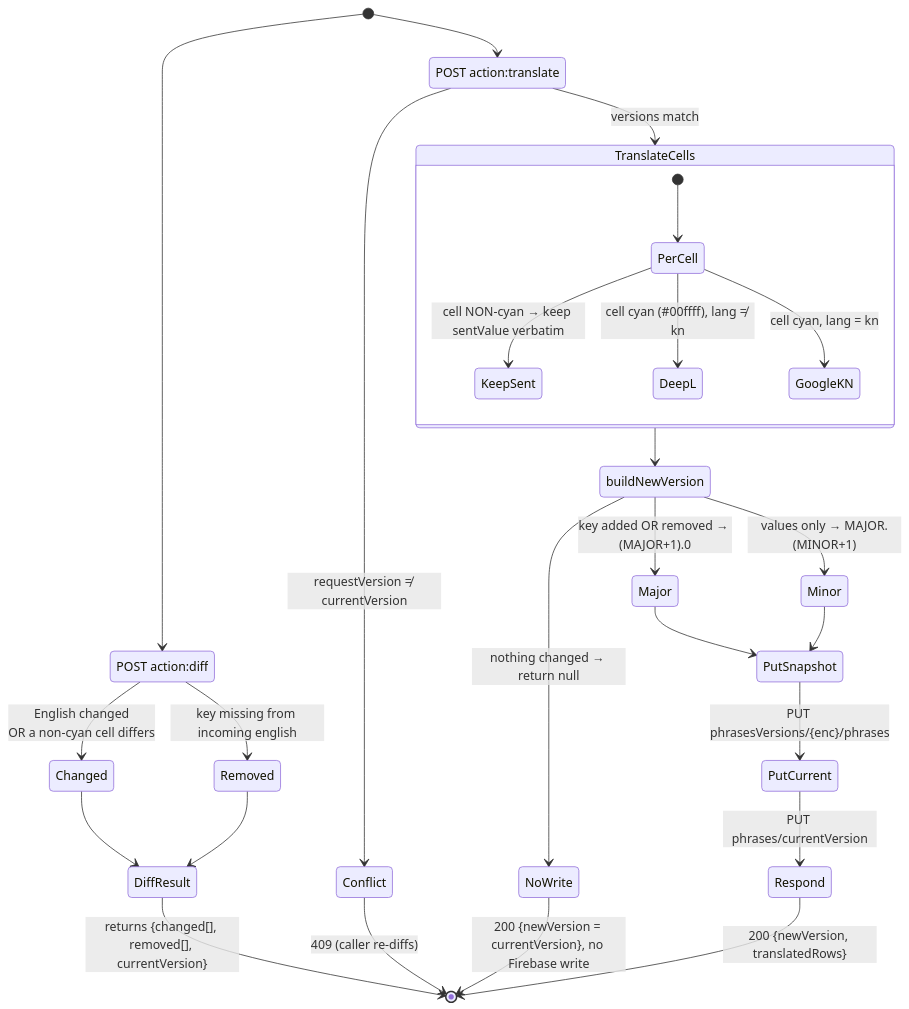
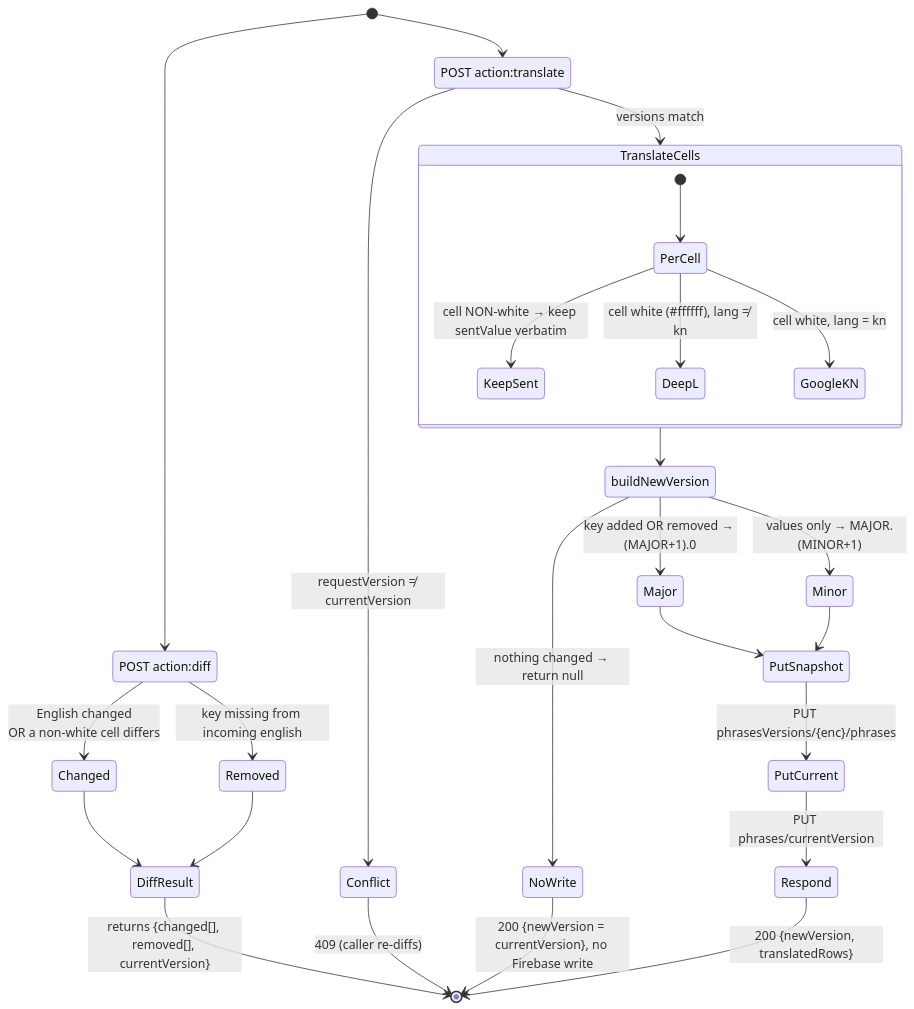
One commit to EasyEyes/website changed the third of 4 diagrams in notes/PHRASES_VERSIONED_API_ARCHITECTURE.md. Above: the diagram before and after it, drawn with Mermaid. The commit also changed other lines of this file and 2 other files, not shown here.

Commit message:
fix: use white for phrase translation

````diff
--- a/notes/PHRASES_VERSIONED_API_ARCHITECTURE.md
+++ b/notes/PHRASES_VERSIONED_API_ARCHITECTURE.md
@@ -150,36 +150,36 @@
 ```mermaid
 stateDiagram-v2
     [*] --> Diff
 
     state "POST action:diff" as Diff
-    Diff --> Changed : English changed<br/>OR a non-cyan cell differs
+    Diff --> Changed : English changed<br/>OR a non-white cell differs
     Diff --> Removed : key missing from incoming english
     Changed --> DiffResult
     Removed --> DiffResult
     DiffResult --> [*] : returns {changed[], removed[], currentVersion}
 
     [*] --> VersionCheck
     state "POST action:translate" as VersionCheck
     VersionCheck --> Conflict : requestVersion ≠ currentVersion
     Conflict --> [*] : 409 (caller re-diffs)
     VersionCheck --> TranslateCells : versions match
 
     state TranslateCells {
         [*] --> PerCell
-        PerCell --> KeepSent : cell NON-cyan → keep sentValue verbatim
-        PerCell --> DeepL : cell cyan (#00ffff), lang ≠ kn
-        PerCell --> GoogleKN : cell cyan, lang = kn
+        PerCell --> KeepSent : cell NON-white → keep sentValue verbatim
+        PerCell --> DeepL : cell white (#ffffff), lang ≠ kn
+        PerCell --> GoogleKN : cell white, lang = kn
     }
 
     TranslateCells --> Build
     state "buildNewVersion" as Build
     Build --> NoWrite : nothing changed → return null
     NoWrite --> [*] : 200 {newVersion = currentVersion}, no Firebase write
     Build --> Major : key added OR removed → (MAJOR+1).0
     Build --> Minor : values only → MAJOR.(MINOR+1)
     Major --> PutSnapshot
     Minor --> PutSnapshot
     PutSnapshot --> PutCurrent : PUT phrasesVersions/{enc}/phrases
     PutCurrent --> Respond : PUT phrases/currentVersion
     Respond --> [*] : 200 {newVersion, translatedRows}
 ```
````
